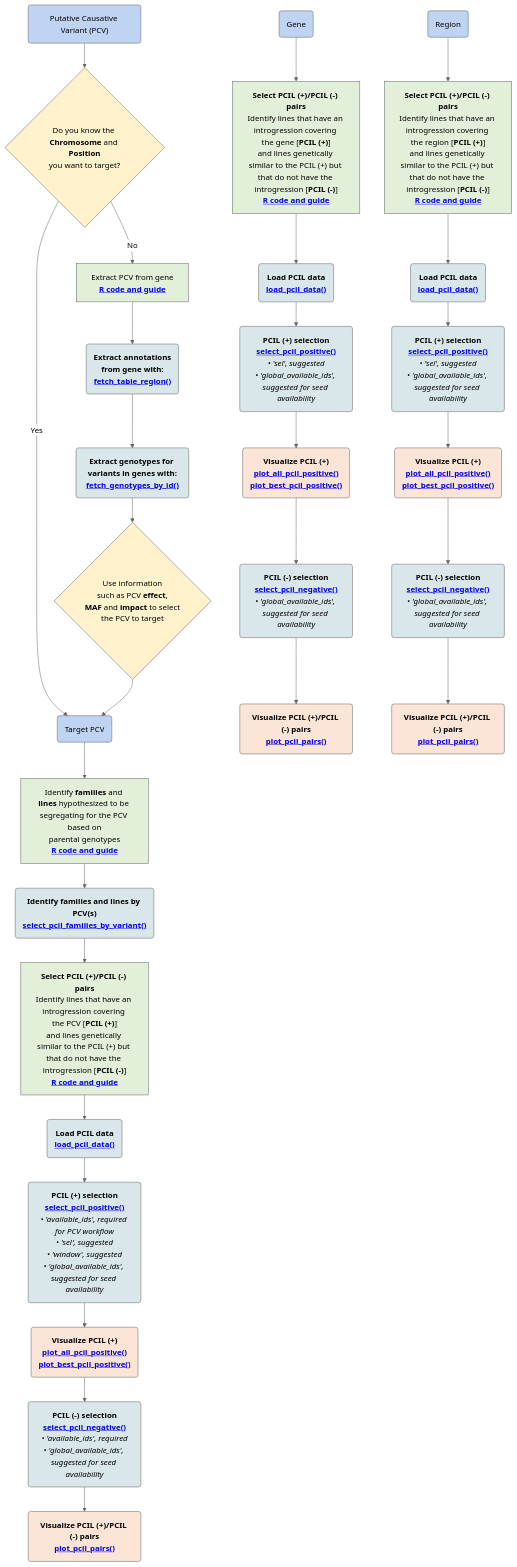
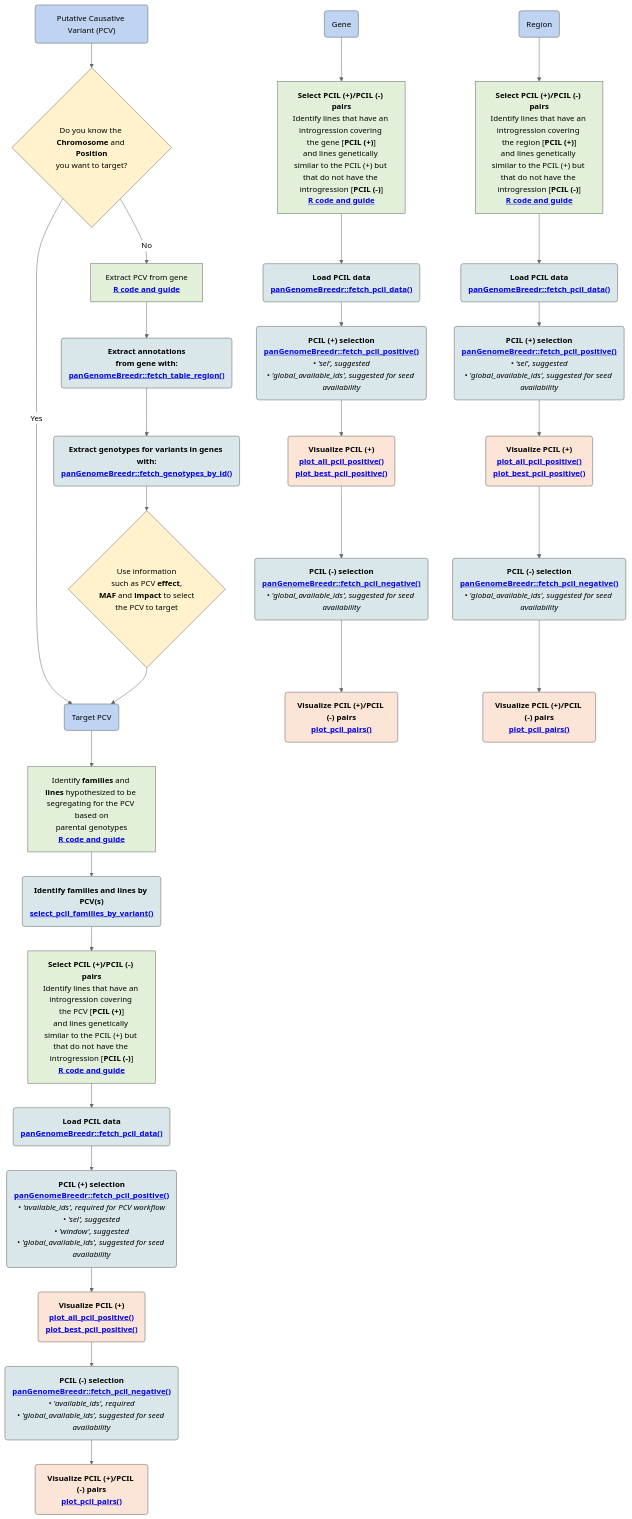
The first of 4 diagrams in README.md (claracruet/PCIL_selection_pipeline), drawn with Mermaid (neutral theme) before and after one commit. The commit also changed other lines of this file, not shown here.

```diff
--- a/README.md
+++ b/README.md
@@ -59,9 +59,9 @@
 
 KNOW -->|Yes| TARGET("Target PCV")
 
-EXTRACT --> ANN("<b>Extract annotations</b><br/><b>from gene with:</b><br/><a href='https://awkena.github.io/panGenomeBreedr/articles/panGenomeBreedr_Workflows.html'><b>fetch_table_region()</b></a>")
+EXTRACT --> ANN("<b>Extract annotations</b><br/><b>from gene with:</b><br/><a href='https://awkena.github.io/panGenomeBreedr/articles/panGenomeBreedr_Workflows.html'><b>panGenomeBreedr::fetch_table_region()</b></a>")
 
-ANN --> GENO("<b>Extract genotypes for variants in genes with:</b><br/><a href='https://awkena.github.io/panGenomeBreedr/articles/panGenomeBreedr_Workflows.html'><b>fetch_genotypes_by_id()</b></a>")
+ANN --> GENO("<b>Extract genotypes for variants in genes with:</b><br/><a href='https://awkena.github.io/panGenomeBreedr/articles/panGenomeBreedr_Workflows.html'><b>panGenomeBreedr::fetch_genotypes_by_id()</b></a>")
 
 GENO --> CHOOSE{"Use information<br/>such as PCV <b>effect</b>,<br/><b>MAF</b> and <b>impact</b> to select<br/>the PCV to target"}
 
@@ -73,13 +73,13 @@
 
 FAMFUNC --> PCPOSSTEP["<b>Select PCIL (+)/PCIL (-) pairs</b><br/>Identify lines that have an introgression covering the PCV [<b>PCIL (+)</b>]<br/>and lines genetically similar to the PCIL (+) but that do not have the introgression [<b>PCIL (-)</b>]<br/><a href='https://github.com/claracruet/PCIL_selection_pipeline/blob/main/pcv_to_pcil_pairs_pipeline_ReadMe.md'><b>R code and guide</b></a>"]
 
-PCPOSSTEP --> PCDATA("<b>Load PCIL data</b><br/><a href='https://github.com/claracruet/PCIL_selection_pipeline/blob/main/load_pcil_data_ReadMe.md'><b>load_pcil_data()</b></a>")
+PCPOSSTEP --> PCDATA("<b>Load PCIL data</b><br/><a href='https://github.com/claracruet/PCIL_selection_pipeline/blob/main/load_pcil_data_ReadMe.md'><b>panGenomeBreedr::fetch_pcil_data()</b></a>")
 
-PCDATA --> PCPOSFUNC("<b>PCIL (+) selection</b><br/><a href='https://github.com/claracruet/PCIL_selection_pipeline/blob/main/select_pcil_positive_ReadMe.md'><b>select_pcil_positive()</b></a><br/><i>• 'available_ids', required for PCV workflow<br/>• 'sel', suggested<br/>• 'window', suggested<br/>• 'global_available_ids', suggested for seed availability</i>")
+PCDATA --> PCPOSFUNC("<b>PCIL (+) selection</b><br/><a href='https://github.com/claracruet/PCIL_selection_pipeline/blob/main/select_pcil_positive_ReadMe.md'><b>panGenomeBreedr::fetch_pcil_positive()</b></a><br/><i>• 'available_ids', required for PCV workflow<br/>• 'sel', suggested<br/>• 'window', suggested<br/>• 'global_available_ids', suggested for seed availability</i>")
 
 PCPOSFUNC --> PCPOSPLOT("<b>Visualize PCIL (+)</b><br/><a href='https://github.com/claracruet/PCIL_selection_pipeline/blob/main/plotting_functions_ReadMe.md'><b>plot_all_pcil_positive()</b></a><br/><a href='https://github.com/claracruet/PCIL_selection_pipeline/blob/main/plotting_functions_ReadMe.md'><b>plot_best_pcil_positive()</b></a>")
 
-PCPOSPLOT --> PCNEGFUNC("<b>PCIL (-) selection</b><br/><a href='https://github.com/claracruet/PCIL_selection_pipeline/blob/main/select_pcil_negative_ReadMe.md'><b>select_pcil_negative()</b></a><br/><i>• 'available_ids', required<br/>• 'global_available_ids', suggested for seed availability</i>")
+PCPOSPLOT --> PCNEGFUNC("<b>PCIL (-) selection</b><br/><a href='https://github.com/claracruet/PCIL_selection_pipeline/blob/main/select_pcil_negative_ReadMe.md'><b>panGenomeBreedr::fetch_pcil_negative()</b></a><br/><i>• 'available_ids', required<br/>• 'global_available_ids', suggested for seed availability</i>")
 
 PCNEGFUNC --> PCNEGPLOT("<b>Visualize PCIL (+)/PCIL (-) pairs</b><br/><a href='https://github.com/claracruet/PCIL_selection_pipeline/blob/main/plotting_functions_ReadMe.md'><b>plot_pcil_pairs()</b></a>")
 
@@ -90,13 +90,13 @@
 
 GENE --> GPOSSTEP["<b>Select PCIL (+)/PCIL (-) pairs</b><br/>Identify lines that have an introgression covering the gene [<b>PCIL (+)</b>]<br/>and lines genetically similar to the PCIL (+) but that do not have the introgression [<b>PCIL (-)</b>]<br/><a href='https://github.com/claracruet/PCIL_selection_pipeline/blob/main/gene_to_pcil_branch.md'><b>R code and guide</b></a>"]
 
-GPOSSTEP --> GDATA("<b>Load PCIL data</b><br/><a href='https://github.com/claracruet/PCIL_selection_pipeline/blob/main/load_pcil_data_ReadMe.md'><b>load_pcil_data()</b></a>")
+GPOSSTEP --> GDATA("<b>Load PCIL data</b><br/><a href='https://github.com/claracruet/PCIL_selection_pipeline/blob/main/load_pcil_data_ReadMe.md'><b>panGenomeBreedr::fetch_pcil_data()</b></a>")
 
-GDATA --> GPOSFUNC("<b>PCIL (+) selection</b><br/><a href='https://github.com/claracruet/PCIL_selection_pipeline/blob/main/select_pcil_positive_ReadMe.md'><b>select_pcil_positive()</b></a><br/><i>• 'sel', suggested<br/>• 'global_available_ids', suggested for seed availability</i>")
+GDATA --> GPOSFUNC("<b>PCIL (+) selection</b><br/><a href='https://github.com/claracruet/PCIL_selection_pipeline/blob/main/select_pcil_positive_ReadMe.md'><b>panGenomeBreedr::fetch_pcil_positive()</b></a><br/><i>• 'sel', suggested<br/>• 'global_available_ids', suggested for seed availability</i>")
 
 GPOSFUNC --> GPOSPLOT("<b>Visualize PCIL (+)</b><br/><a href='https://github.com/claracruet/PCIL_selection_pipeline/blob/main/plotting_functions_ReadMe.md'><b>plot_all_pcil_positive()</b></a><br/><a href='https://github.com/claracruet/PCIL_selection_pipeline/blob/main/plotting_functions_ReadMe.md'><b>plot_best_pcil_positive()</b></a>")
 
-GPOSPLOT --> GNEGFUNC("<b>PCIL (-) selection</b><br/><a href='https://github.com/claracruet/PCIL_selection_pipeline/blob/main/select_pcil_negative_ReadMe.md'><b>select_pcil_negative()</b></a><br/><i>• 'global_available_ids', suggested for seed availability</i>")
+GPOSPLOT --> GNEGFUNC("<b>PCIL (-) selection</b><br/><a href='https://github.com/claracruet/PCIL_selection_pipeline/blob/main/select_pcil_negative_ReadMe.md'><b>panGenomeBreedr::fetch_pcil_negative()</b></a><br/><i>• 'global_available_ids', suggested for seed availability</i>")
 
 GNEGFUNC --> GNEGPLOT("<b>Visualize PCIL (+)/PCIL (-) pairs</b><br/><a href='https://github.com/claracruet/PCIL_selection_pipeline/blob/main/plotting_functions_ReadMe.md'><b>plot_pcil_pairs()</b></a>")
 
@@ -107,13 +107,13 @@
 
 REGION --> RPOSSTEP["<b>Select PCIL (+)/PCIL (-) pairs</b><br/>Identify lines that have an introgression covering the region [<b>PCIL (+)</b>]<br/>and lines genetically similar to the PCIL (+) but that do not have the introgression [<b>PCIL (-)</b>]<br/><a href='https://github.com/claracruet/PCIL_selection_pipeline/blob/main/Region_to_PCIL.md'><b>R code and guide</b></a>"]
 
-RPOSSTEP --> RDATA("<b>Load PCIL data</b><br/><a href='https://github.com/claracruet/PCIL_selection_pipeline/blob/main/load_pcil_data_ReadMe.md'><b>load_pcil_data()</b></a>")
+RPOSSTEP --> RDATA("<b>Load PCIL data</b><br/><a href='https://github.com/claracruet/PCIL_selection_pipeline/blob/main/load_pcil_data_ReadMe.md'><b>panGenomeBreedr::fetch_pcil_data()</b></a>")
 
-RDATA --> RPOSFUNC("<b>PCIL (+) selection</b><br/><a href='https://github.com/claracruet/PCIL_selection_pipeline/blob/main/select_pcil_positive_ReadMe.md'><b>select_pcil_positive()</b></a><br/><i>• 'sel', suggested<br/>• 'global_available_ids', suggested for seed availability</i>")
+RDATA --> RPOSFUNC("<b>PCIL (+) selection</b><br/><a href='https://github.com/claracruet/PCIL_selection_pipeline/blob/main/select_pcil_positive_ReadMe.md'><b>panGenomeBreedr::fetch_pcil_positive()</b></a><br/><i>• 'sel', suggested<br/>• 'global_available_ids', suggested for seed availability</i>")
 
 RPOSFUNC --> RPOSPLOT("<b>Visualize PCIL (+)</b><br/><a href='https://github.com/claracruet/PCIL_selection_pipeline/blob/main/plotting_functions_ReadMe.md'><b>plot_all_pcil_positive()</b></a><br/><a href='https://github.com/claracruet/PCIL_selection_pipeline/blob/main/plotting_functions_ReadMe.md'><b>plot_best_pcil_positive()</b></a>")
 
-RPOSPLOT --> RNEGFUNC("<b>PCIL (-) selection</b><br/><a href='https://github.com/claracruet/PCIL_selection_pipeline/blob/main/select_pcil_negative_ReadMe.md'><b>select_pcil_negative()</b></a><br/><i>• 'global_available_ids', suggested for seed availability</i>")
+RPOSPLOT --> RNEGFUNC("<b>PCIL (-) selection</b><br/><a href='https://github.com/claracruet/PCIL_selection_pipeline/blob/main/select_pcil_negative_ReadMe.md'><b>panGenomeBreedr::fetch_pcil_negative()</b></a><br/><i>• 'global_available_ids', suggested for seed availability</i>")
 
 RNEGFUNC --> RNEGPLOT("<b>Visualize PCIL (+)/PCIL (-) pairs</b><br/><a href='https://github.com/claracruet/PCIL_selection_pipeline/blob/main/plotting_functions_ReadMe.md'><b>plot_pcil_pairs()</b></a>")
 
```
